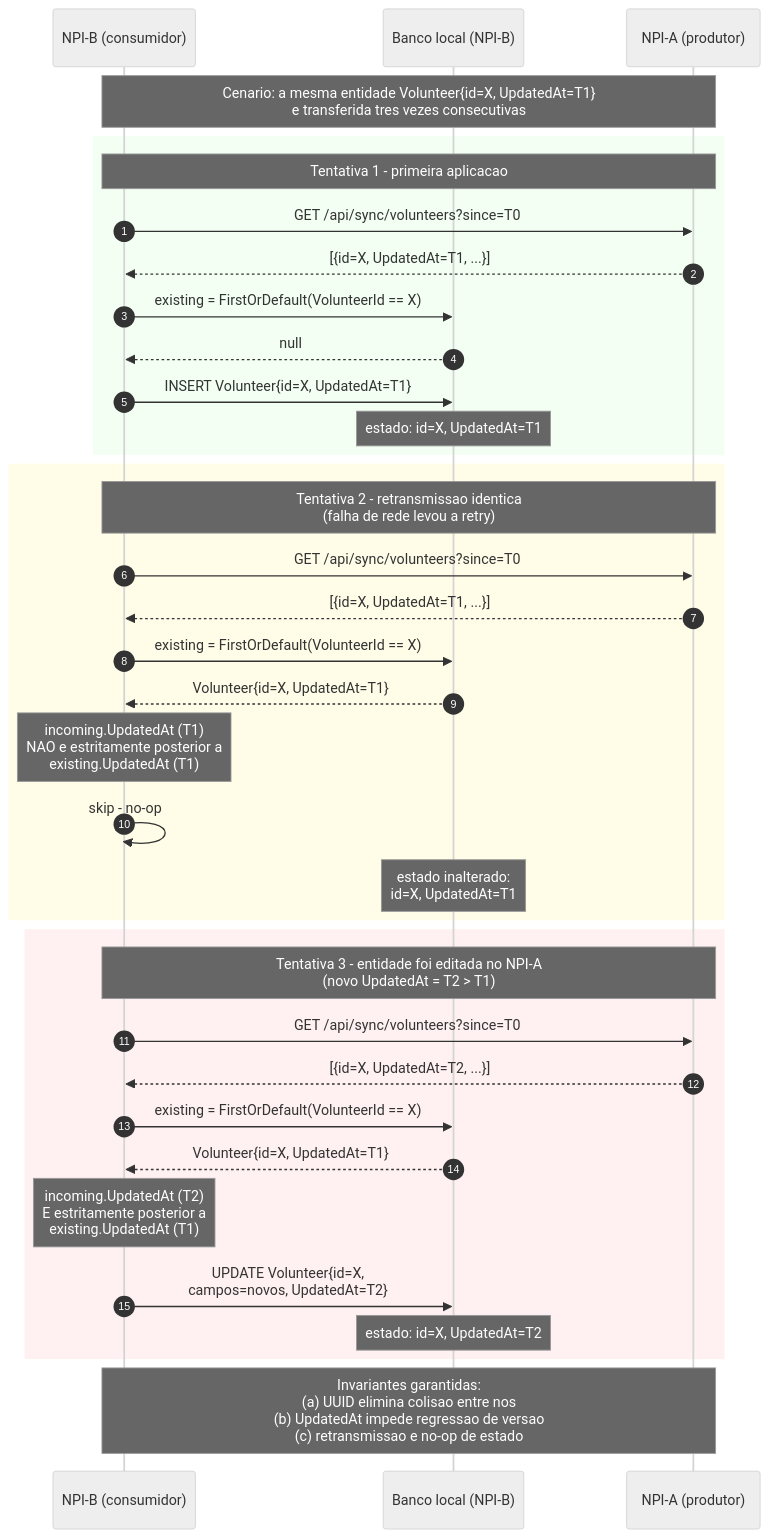
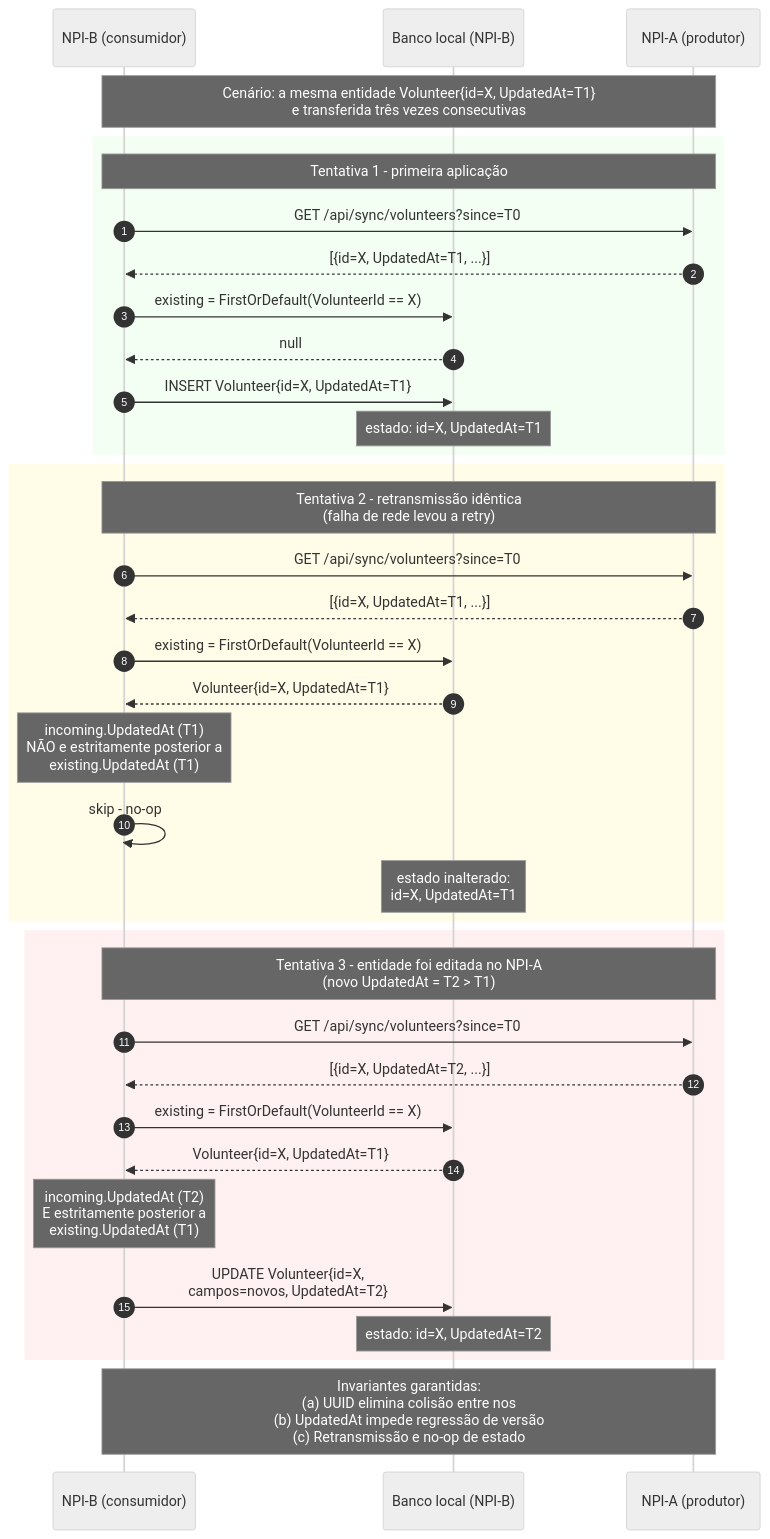
Before and after one commit to VitorAndTxr/TCC-Vitor: the diagram in figuras/Desenvolvimento/NPI/idempotencia.mmd, drawn with Mermaid (neutral theme). The commit also changed 15 other files, not shown here.

```diff
--- a/figuras/Desenvolvimento/NPI/idempotencia.mmd
+++ b/figuras/Desenvolvimento/NPI/idempotencia.mmd
@@ -1,46 +1,46 @@
 %% ============================================================
 %% Idempotencia sob retransmissao: deteccao por UUID e watermark UpdatedAt
 %% Referenciado em: cap-experimentos-resultados.tex (4.2.5.4)
 %% Label: fig:NPIIdempotencia
 %% ============================================================
 sequenceDiagram
     autonumber
     participant B as NPI-B (consumidor)
     participant DB as Banco local (NPI-B)
     participant A as NPI-A (produtor)
 
-    Note over B,A: Cenario: a mesma entidade Volunteer{id=X, UpdatedAt=T1}<br/>e transferida tres vezes consecutivas
+    Note over B,A: Cenário: a mesma entidade Volunteer{id=X, UpdatedAt=T1}<br/>e transferida três vezes consecutivas
 
     rect rgba(220,255,220,0.35)
-        Note over B,A: Tentativa 1 - primeira aplicacao
+        Note over B,A: Tentativa 1 - primeira aplicação
         B->>A: GET /api/sync/volunteers?since=T0
         A-->>B: [{id=X, UpdatedAt=T1, ...}]
         B->>DB: existing = FirstOrDefault(VolunteerId == X)
         DB-->>B: null
         B->>DB: INSERT Volunteer{id=X, UpdatedAt=T1}
         Note over DB: estado: id=X, UpdatedAt=T1
     end
 
     rect rgba(255,250,205,0.45)
-        Note over B,A: Tentativa 2 - retransmissao identica<br/>(falha de rede levou a retry)
+        Note over B,A: Tentativa 2 - retransmissão idêntica<br/>(falha de rede levou a retry)
         B->>A: GET /api/sync/volunteers?since=T0
         A-->>B: [{id=X, UpdatedAt=T1, ...}]
         B->>DB: existing = FirstOrDefault(VolunteerId == X)
         DB-->>B: Volunteer{id=X, UpdatedAt=T1}
-        Note over B: incoming.UpdatedAt (T1)<br/>NAO e estritamente posterior a<br/>existing.UpdatedAt (T1)
+        Note over B: incoming.UpdatedAt (T1)<br/>NÃO e estritamente posterior a<br/>existing.UpdatedAt (T1)
         B->>B: skip - no-op
         Note over DB: estado inalterado:<br/>id=X, UpdatedAt=T1
     end
 
     rect rgba(255,225,225,0.45)
         Note over B,A: Tentativa 3 - entidade foi editada no NPI-A<br/>(novo UpdatedAt = T2 > T1)
         B->>A: GET /api/sync/volunteers?since=T0
         A-->>B: [{id=X, UpdatedAt=T2, ...}]
         B->>DB: existing = FirstOrDefault(VolunteerId == X)
         DB-->>B: Volunteer{id=X, UpdatedAt=T1}
         Note over B: incoming.UpdatedAt (T2)<br/>E estritamente posterior a<br/>existing.UpdatedAt (T1)
         B->>DB: UPDATE Volunteer{id=X,<br/>campos=novos, UpdatedAt=T2}
         Note over DB: estado: id=X, UpdatedAt=T2
     end
 
-    Note over B,A: Invariantes garantidas:<br/>(a) UUID elimina colisao entre nos<br/>(b) UpdatedAt impede regressao de versao<br/>(c) retransmissao e no-op de estado
+    Note over B,A: Invariantes garantidas:<br/>(a) UUID elimina colisão entre nos<br/>(b) UpdatedAt impede regressão de versão<br/>(c) Retransmissão e no-op de estado
```
